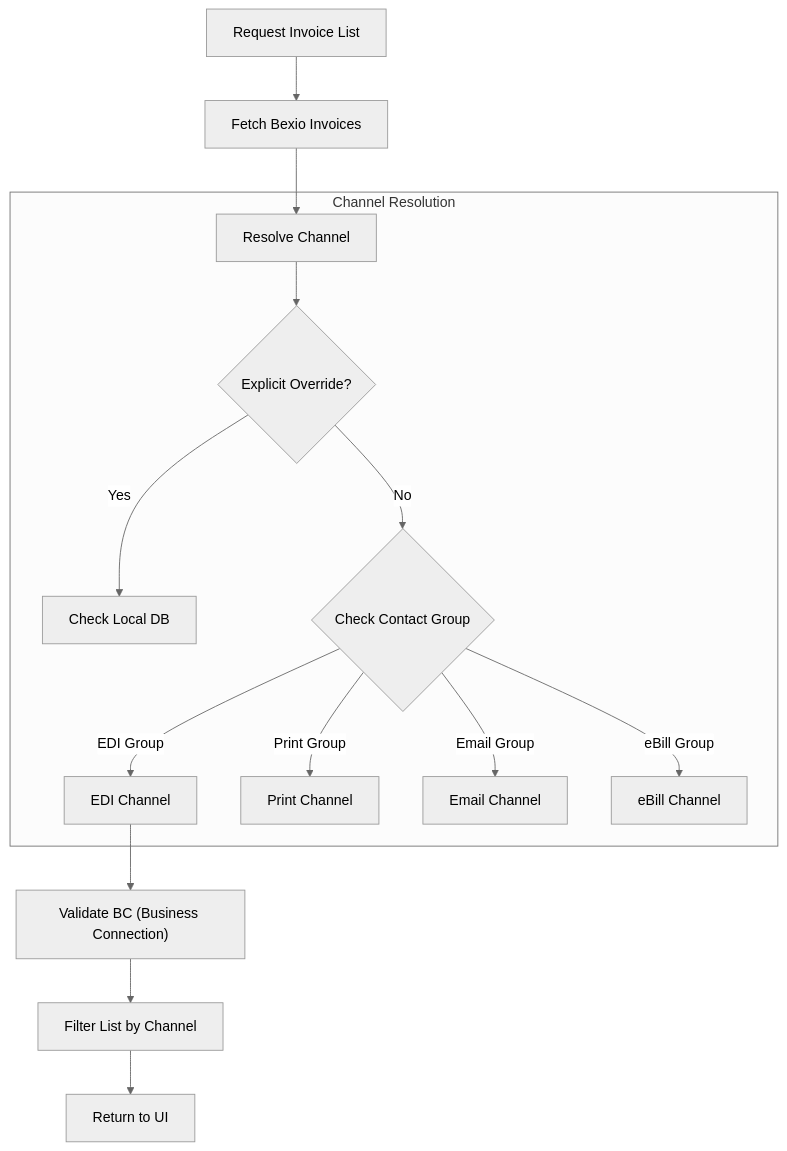
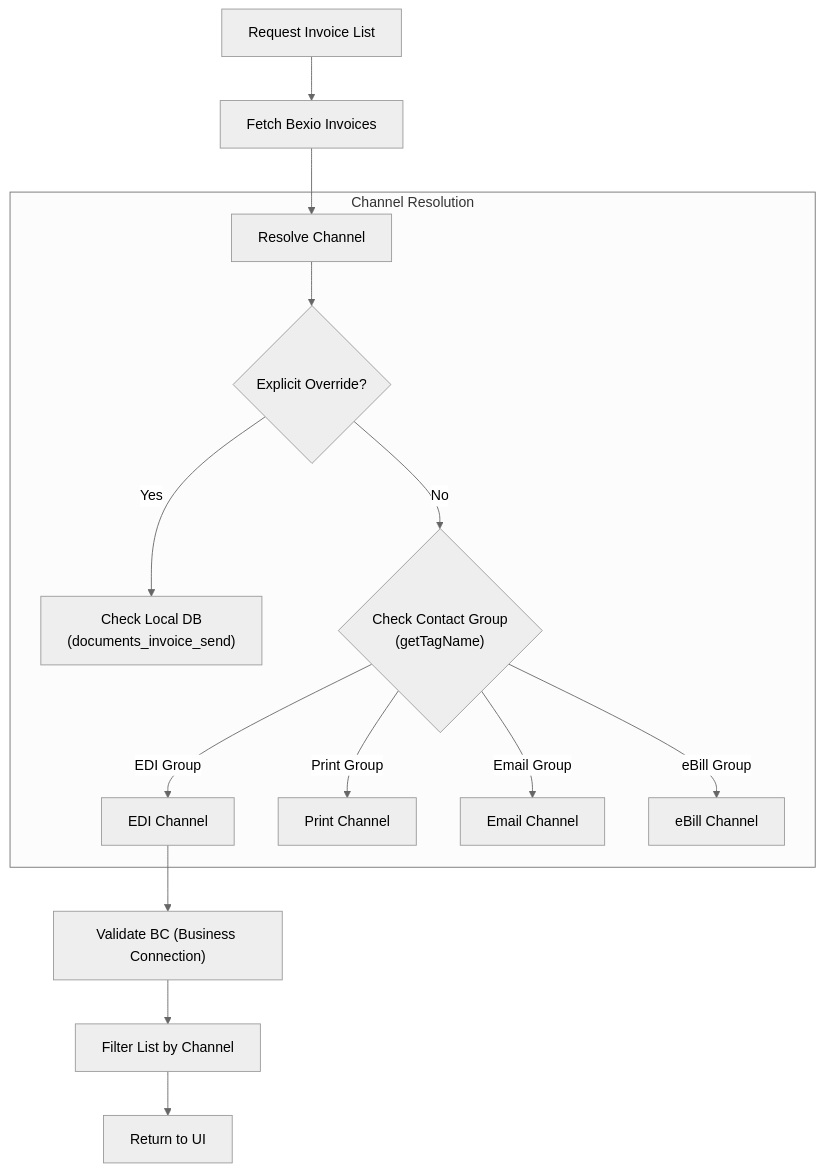
Before and after one commit to sreerajmp/bexio-backend: the first of 6 diagrams in docs/features/invoice-routing.md, drawn with Mermaid (neutral theme). The commit also changed other lines of this file and 1 other file, not shown here.

````diff
--- a/docs/features/invoice-routing.md
+++ b/docs/features/invoice-routing.md
@@ -11,20 +11,20 @@
 ```mermaid
 flowchart TD
-    Start[Request Invoice List] --> Fetch[Fetch Bexio Invoices]
-    Fetch --> Resolve[Resolve Channel]
-    
+    Start["Request Invoice List"] --> Fetch["Fetch Bexio Invoices"]
+    Fetch --> Resolve["Resolve Channel"]
+
     subgraph "Channel Resolution"
-        Resolve --> Explicit{Explicit Override?}
-        Explicit -- Yes --> LocalDB[Check Local DB]
-        Explicit -- No --> Implicit{Check Contact Group}
-        
-        Implicit -- "EDI Group" --> EDI[EDI Channel]
-        Implicit -- "Print Group" --> Print[Print Channel]
-        Implicit -- "Email Group" --> Email[Email Channel]
-        Implicit -- "eBill Group" --> eBill[eBill Channel]
+        Resolve --> Explicit{"Explicit Override?"}
+        Explicit -- "Yes" --> LocalDB["Check Local DB\n(documents_invoice_send)"]
+        Explicit -- "No" --> Implicit{"Check Contact Group\n(getTagName)"}
+
+        Implicit -- "EDI Group" --> EDI["EDI Channel"]
+        Implicit -- "Print Group" --> Print["Print Channel"]
+        Implicit -- "Email Group" --> Email["Email Channel"]
+        Implicit -- "eBill Group" --> eBill["eBill Channel"]
     end
-    
+
     EDI --> Validation["Validate BC (Business Connection)"]
-    Validation --> Filter[Filter List by Channel]
-    Filter --> Display[Return to UI]
+    Validation --> Filter["Filter List by Channel"]
+    Filter --> Display["Return to UI"]
 ```
````
